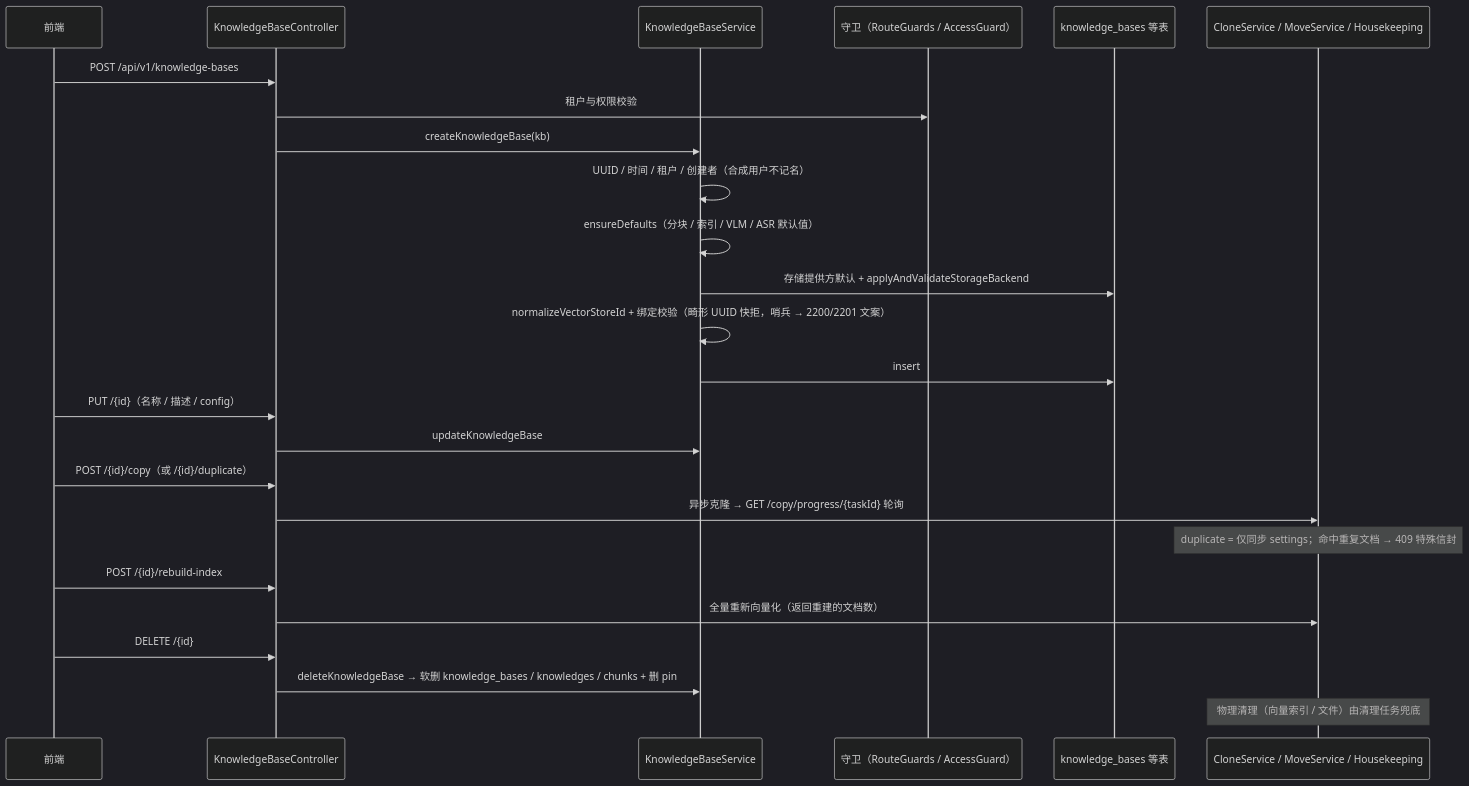
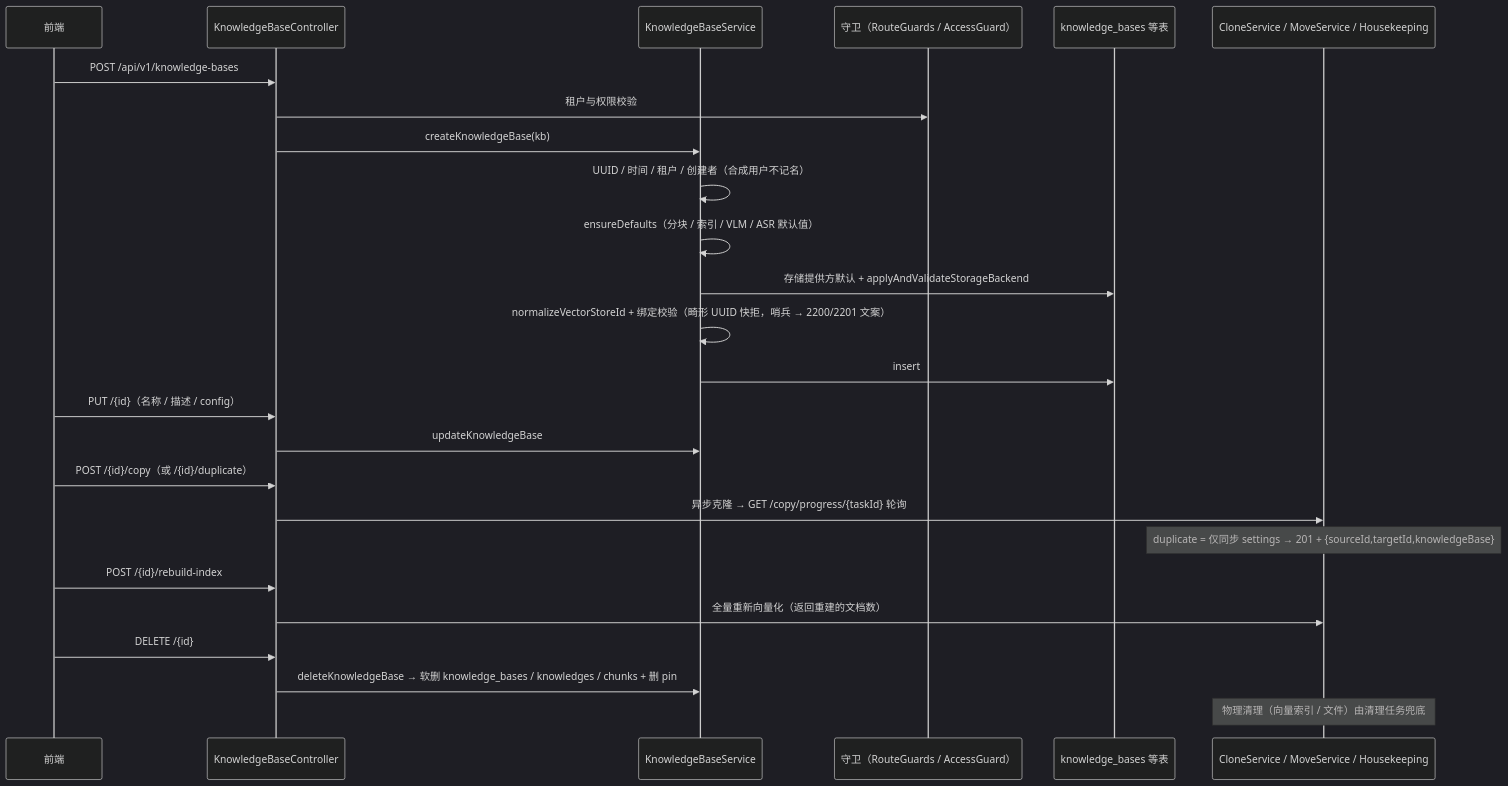
The fourth of 9 diagrams in docs/knowledge-module-guide.md (pmbilly/ragagent), drawn with Mermaid (dark theme) before and after one commit. The commit also changed other lines of this file and 36 other files, not shown here.

````diff
--- a/docs/knowledge-module-guide.md
+++ b/docs/knowledge-module-guide.md
@@ -293,32 +296,32 @@
 ```mermaid
 sequenceDiagram
     participant FE as 前端
     participant C as KnowledgeBaseController
     participant S as KnowledgeBaseService
     participant G as 守卫（RouteGuards / AccessGuard）
     participant DB as knowledge_bases 等表
     participant W as CloneService / MoveService / Housekeeping
 
     FE->>C: POST /api/v1/knowledge-bases
     C->>G: 租户与权限校验
     C->>S: createKnowledgeBase(kb)
     S->>S: UUID / 时间 / 租户 / 创建者（合成用户不记名）
     S->>S: ensureDefaults（分块 / 索引 / VLM / ASR 默认值）
     S->>DB: 存储提供方默认 + applyAndValidateStorageBackend
     S->>S: normalizeVectorStoreId + 绑定校验（畸形 UUID 快拒，哨兵 → 2200/2201 文案）
     S->>DB: insert
 
     FE->>C: PUT /{id}（名称 / 描述 / config）
     C->>S: updateKnowledgeBase
 
     FE->>C: POST /{id}/copy（或 /{id}/duplicate）
     C->>W: 异步克隆 → GET /copy/progress/{taskId} 轮询
-    Note over W: duplicate = 仅同步 settings；命中重复文档 → 409 特殊信封
+    Note over W: duplicate = 仅同步 settings → 201 + {sourceId,targetId,knowledgeBase}
 
     FE->>C: POST /{id}/rebuild-index
     C->>W: 全量重新向量化（返回重建的文档数）
 
     FE->>C: DELETE /{id}
     C->>S: deleteKnowledgeBase → 软删 knowledge_bases / knowledges / chunks + 删 pin
     Note over W: 物理清理（向量索引 / 文件）由清理任务兜底
 ```
````
